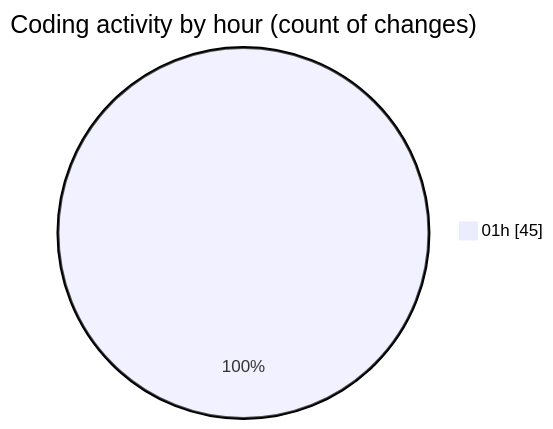
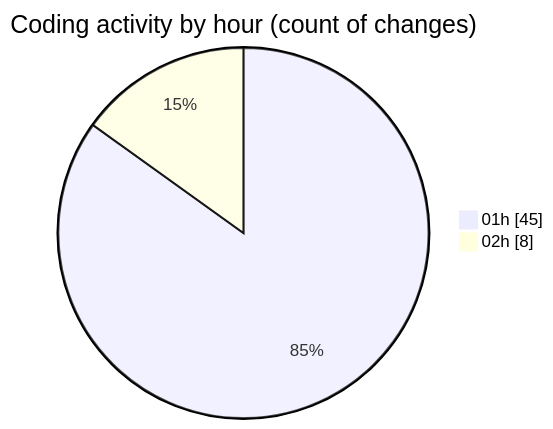
One commit to Netris89/code-tracking changed the second of 2 diagrams in 2025-10-25/skintrack/README.md. Above: the diagram before and after it, drawn with Mermaid. The commit also changed other lines of this file and 1 other file, not shown here.

````diff
--- a/2025-10-25/skintrack/README.md
+++ b/2025-10-25/skintrack/README.md
@@ -33,5 +34,6 @@
 ```mermaid
 pie showData
 title Coding activity by hour (count of changes)
 "01h" : 45
+"02h" : 8
 ```
````
